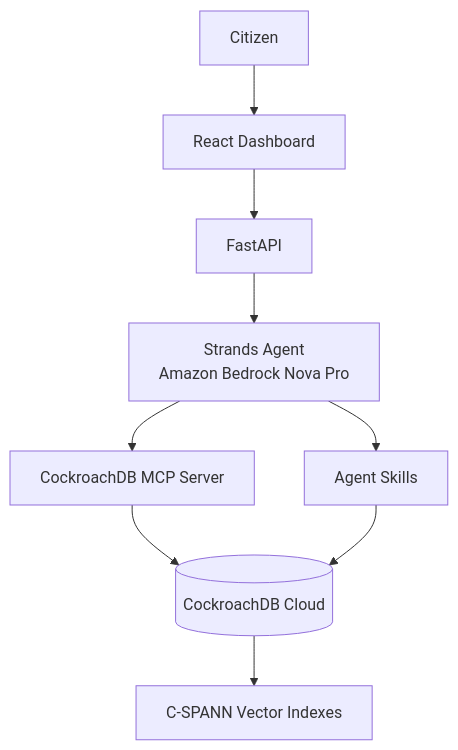
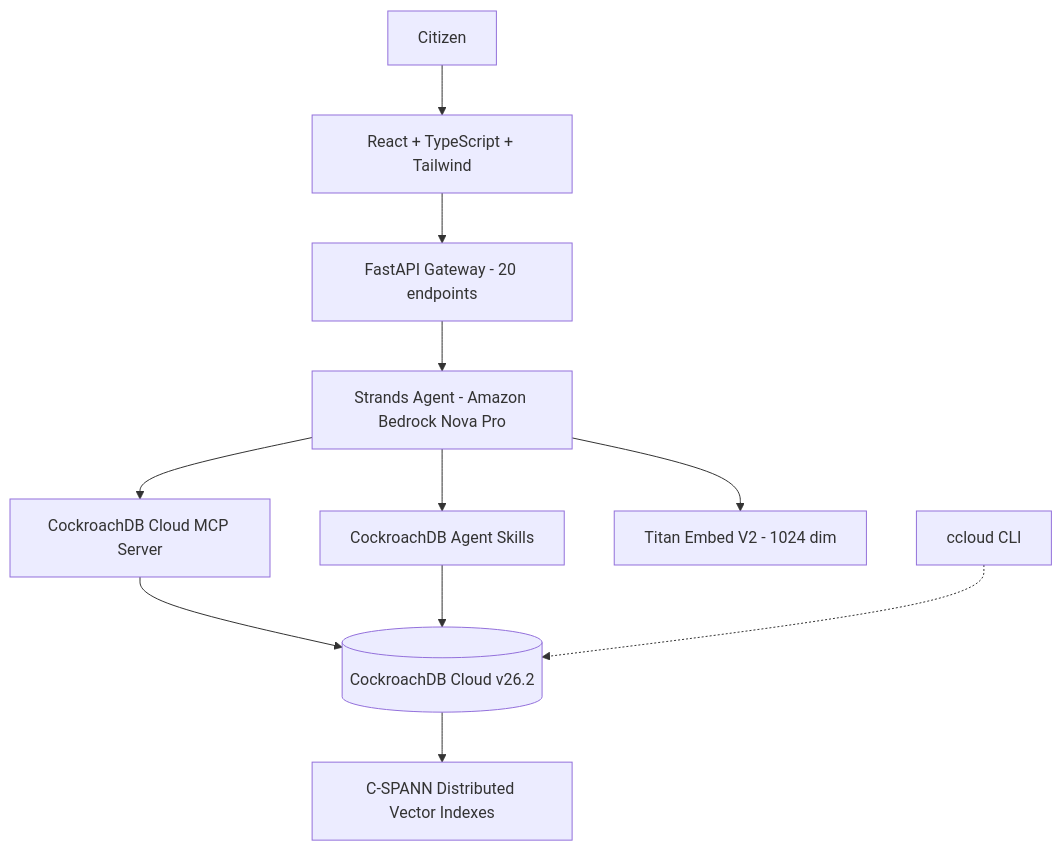
The diagram in README.md (dineshrajdhanapathyDD/cjp-Civic-Journey-Platform), drawn with Mermaid before and after one commit. The commit also changed other lines of this file and 2 other files, not shown here.

First line of the commit message:
docs: update README with live URL, full hackathon evidence, and updated diagrams

````diff
--- a/README.md
+++ b/README.md
@@ -40,11 +56,13 @@
 ```mermaid
 flowchart TB
-    USER[Citizen] --> UI[React Dashboard]
-    UI --> API[FastAPI]
-    API --> AGENT[Strands Agent<br/>Amazon Bedrock Nova Pro]
-    AGENT --> MCP[CockroachDB MCP Server]
-    AGENT --> SKILLS[Agent Skills]
-    MCP --> DB[(CockroachDB Cloud)]
+    USER[Citizen] --> UI[React + TypeScript + Tailwind]
+    UI --> API[FastAPI Gateway - 20 endpoints]
+    API --> AGENT[Strands Agent - Amazon Bedrock Nova Pro]
+    AGENT --> MCP[CockroachDB Cloud MCP Server]
+    AGENT --> SKILLS[CockroachDB Agent Skills]
+    AGENT --> EMBED[Titan Embed V2 - 1024 dim]
+    MCP --> DB[(CockroachDB Cloud v26.2)]
     SKILLS --> DB
-    DB --> VECTOR[C-SPANN Vector Indexes]
+    DB --> VECTOR[C-SPANN Distributed Vector Indexes]
+    CCLOUD[ccloud CLI] -.-> DB
 ```
````
